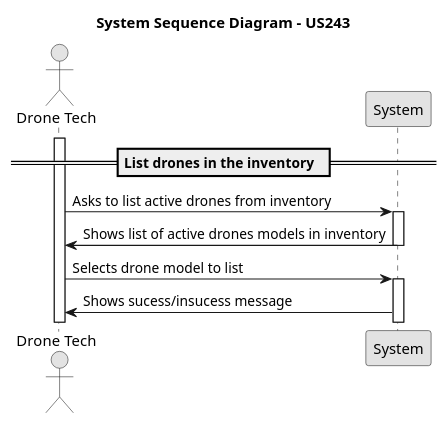
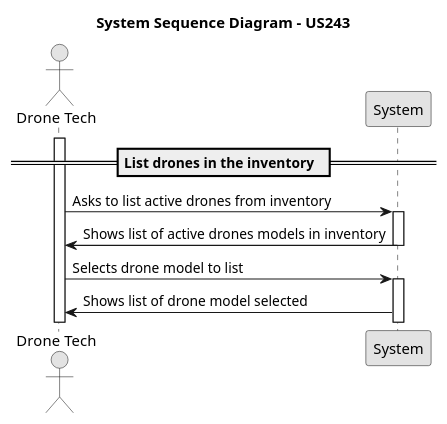
Before and after one commit to rubenFreitas1/ISEP-LAPR4-2024-2025: the diagram in docs/Sprint2/us_243/diagrams/system-sequence-diagram-US243.puml, drawn with PlantUML. The commit also changed 1 other file, not shown here.

```diff
--- a/docs/Sprint2/us_243/diagrams/system-sequence-diagram-US243.puml
+++ b/docs/Sprint2/us_243/diagrams/system-sequence-diagram-US243.puml
@@ -1,28 +1,28 @@
 @startuml
 skinparam monochrome true
 skinparam packageStyle rectangle
 skinparam shadowing false
 
 actor "Drone Tech" as droneTech
 participant "System" as system
 
 title System Sequence Diagram - US243
 
 == List drones in the inventory  ==
 activate droneTech
 
 droneTech -> system : Asks to list active drones from inventory
 activate system
 
 system -> droneTech : Shows list of active drones models in inventory
 deactivate system
 droneTech -> system : Selects drone model to list
 
 activate system
-system -> droneTech : Shows sucess/insucess message
+system -> droneTech : Shows list of drone model selected
 
 
 
 
 
 @enduml
```
